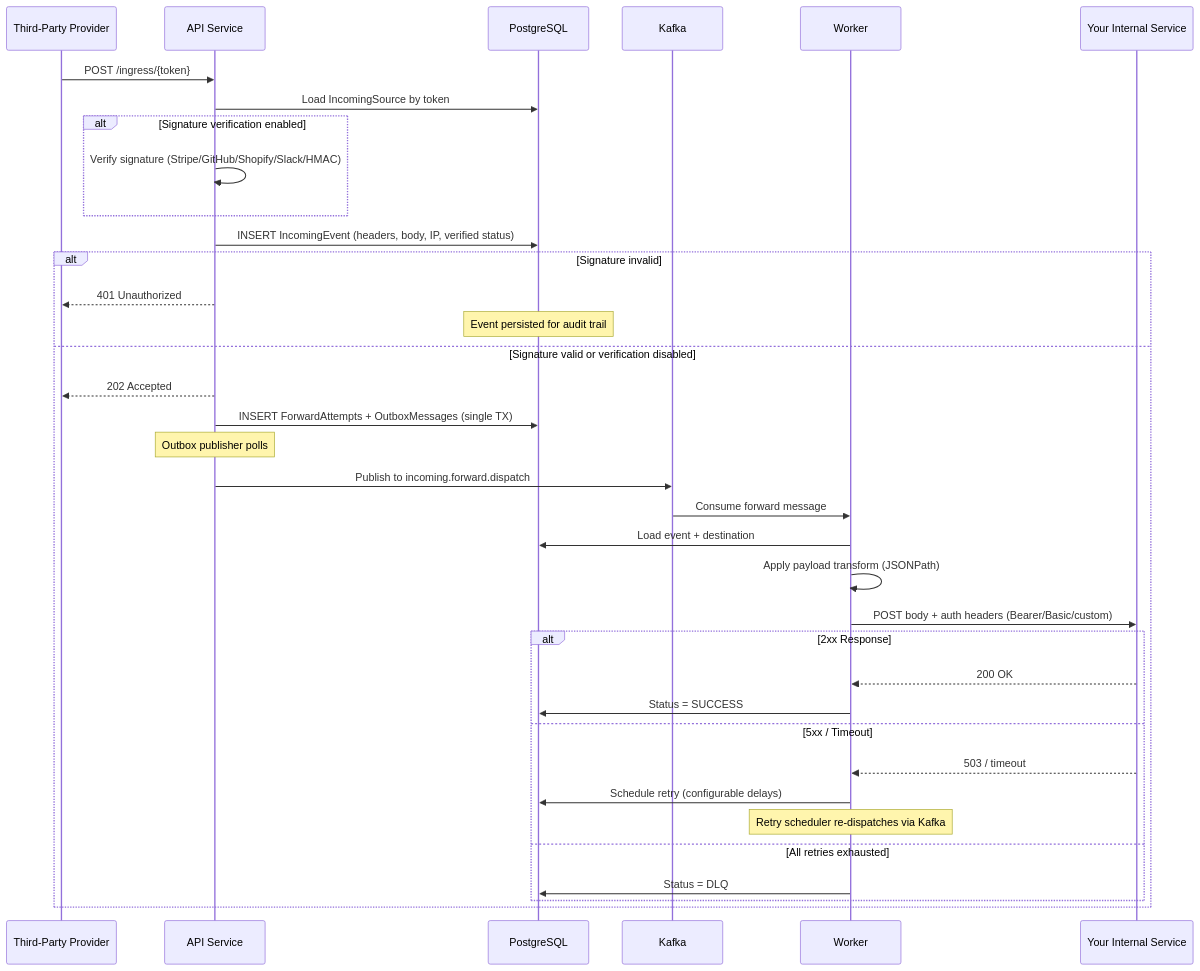
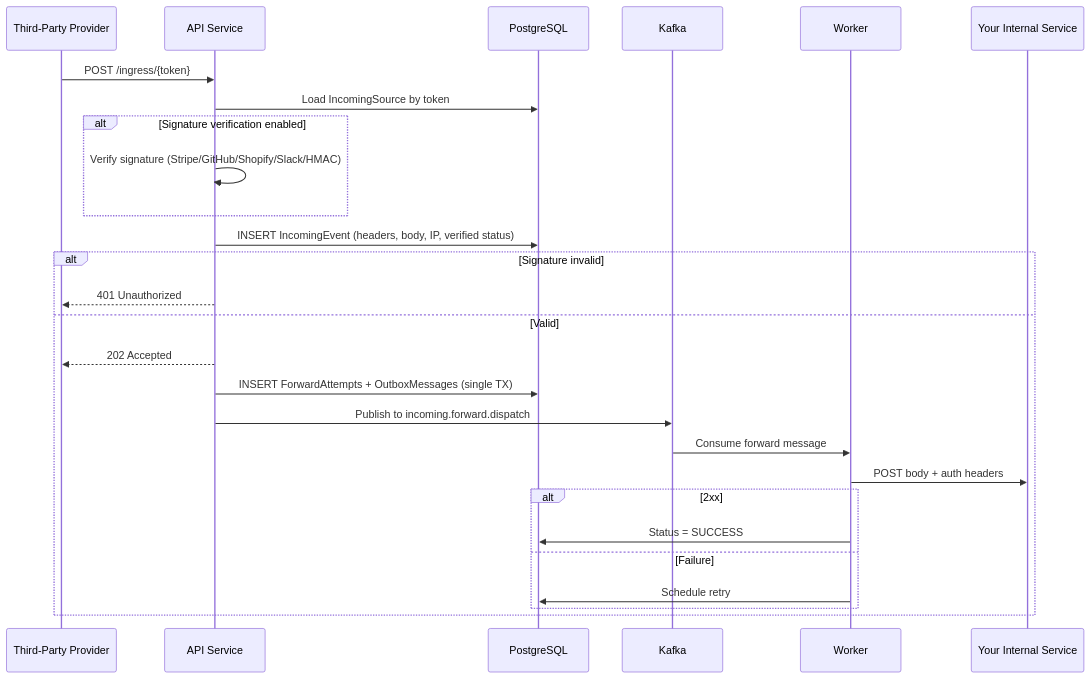
One commit to vadymkykalo/webhook-platform changed the third of 3 diagrams in README.md. Above: the diagram before and after it, drawn with Mermaid. The commit also changed other lines of this file and 7 other files, not shown here.

````diff
--- a/README.md
+++ b/README.md
@@ -341,46 +177,35 @@
 ```mermaid
 sequenceDiagram
     participant Provider as Third-Party Provider
     participant API as API Service
     participant DB as PostgreSQL
     participant Kafka as Kafka
     participant Worker as Worker
     participant Dest as Your Internal Service
 
     Provider->>API: POST /ingress/{token}
-    
     API->>DB: Load IncomingSource by token
     
     alt Signature verification enabled
         API->>API: Verify signature (Stripe/GitHub/Shopify/Slack/HMAC)
     end
     
     API->>DB: INSERT IncomingEvent (headers, body, IP, verified status)
 
     alt Signature invalid
         API-->>Provider: 401 Unauthorized
-        Note over DB: Event persisted for audit trail
-    else Signature valid or verification disabled
+    else Valid
         API-->>Provider: 202 Accepted
         API->>DB: INSERT ForwardAttempts + OutboxMessages (single TX)
-        
-        Note over API: Outbox publisher polls
         API->>Kafka: Publish to incoming.forward.dispatch
         
         Kafka->>Worker: Consume forward message
-        Worker->>DB: Load event + destination
-        Worker->>Worker: Apply payload transform (JSONPath)
-        Worker->>Dest: POST body + auth headers (Bearer/Basic/custom)
+        Worker->>Dest: POST body + auth headers
         
-        alt 2xx Response
-            Dest-->>Worker: 200 OK
+        alt 2xx
             Worker->>DB: Status = SUCCESS
-        else 5xx / Timeout
-            Dest-->>Worker: 503 / timeout
-            Worker->>DB: Schedule retry (configurable delays)
-            Note over Worker: Retry scheduler re-dispatches via Kafka
-        else All retries exhausted
-            Worker->>DB: Status = DLQ
+        else Failure
+            Worker->>DB: Schedule retry
         end
     end
 ```
````
